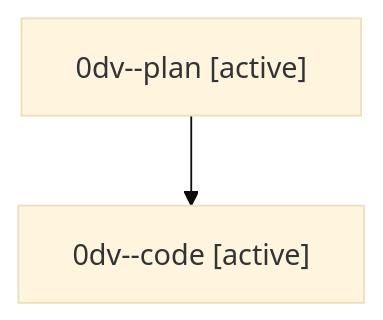
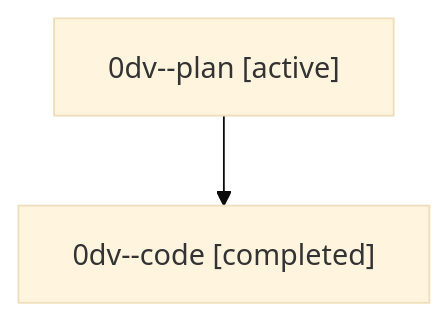
One commit to sase-org/sase--agents changed the diagram in families/bbugyi200.athena.0dv.md. Above: the diagram before and after it, drawn with Mermaid (base theme). The commit also changed other lines of this file and 35830 other files, not shown here.

````diff
--- a/families/bbugyi200.athena.0dv.md
+++ b/families/bbugyi200.athena.0dv.md
@@ -9,6 +9,6 @@
 ```mermaid
 flowchart TD
   n0["0dv--plan [active]"]
-  n1["0dv--code [active]"]
+  n1["0dv--code [completed]"]
   n0 --> n1
 ```
````
